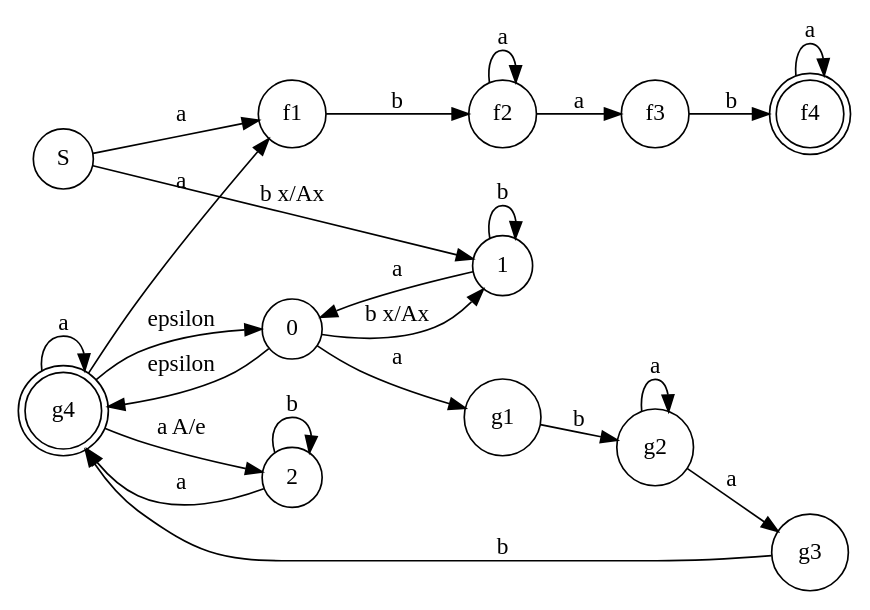
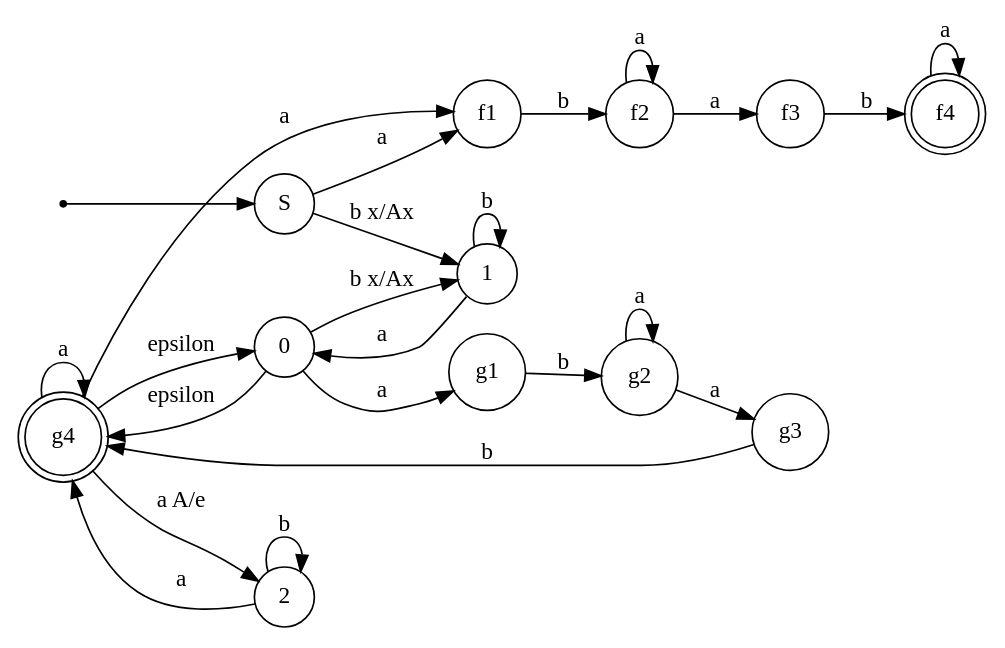
Before and after one commit to HumsterProgrammer/iu9-tfl-practice: the second of 3 diagrams in Практика/РК1/Варианты/Вариант 1.md, drawn with Graphviz. The commit also changed 1 other file, not shown here.

Commit message:
initial var 11

````diff
--- a/Практика/РК1/Варианты/Вариант 1.md
+++ b/Практика/РК1/Варианты/Вариант 1.md
@@ -88,34 +88,36 @@
 ```dot
 digraph{
 rankdir=LR
 node[shape=circle]
 f4, g4[shape=doublecircle]
+point[shape=point]
 
+point -> S
 S,0 -> 1[label="b x/Ax"]
 1 -> 1[label=b]
 1 -> 0[label=a]
 
 0 -> g1[label=a]
 g1 -> g2[label=b]
 g2 -> g2[label=a]
 g2 -> g3[label=a]
 g3 -> g4[label=b]
 g4 -> g4[label=a]
 
 0 -> g4[label=epsilon]
 
 g4 -> 2[label="a A/e"]
 2->2[label=b]
 2 -> g4[label=a]
 
 g4 -> 0[label=epsilon]
 g4 -> f1[label=a]
 
 S -> f1[label=a]
 f1 -> f2[label=b]
 f2 -> f2[label=a]
 f2 -> f3[label=a]
 f3 -> f4[label=b]
 f4 -> f4[label=a]
 }
 ```
````
